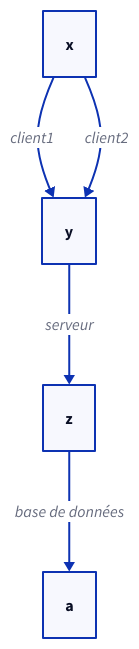
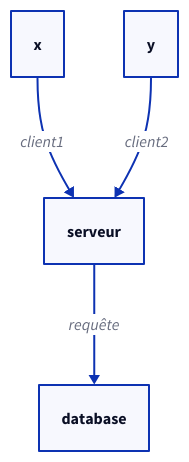
Before and after one commit to Ibne29/d2lang-vision-llm: the diagram in out/diagram_iter1.d2, drawn with D2. The commit also changed 15 other files, not shown here.

```diff
--- a/out/diagram_iter1.d2
+++ b/out/diagram_iter1.d2
@@ -1,4 +1,3 @@
-x -> y: client1
-x -> y: client2
-y -> z: serveur
-z -> a: base de données
+x -> serveur: client1
+y -> serveur: client2
+serveur -> database: requête
```
